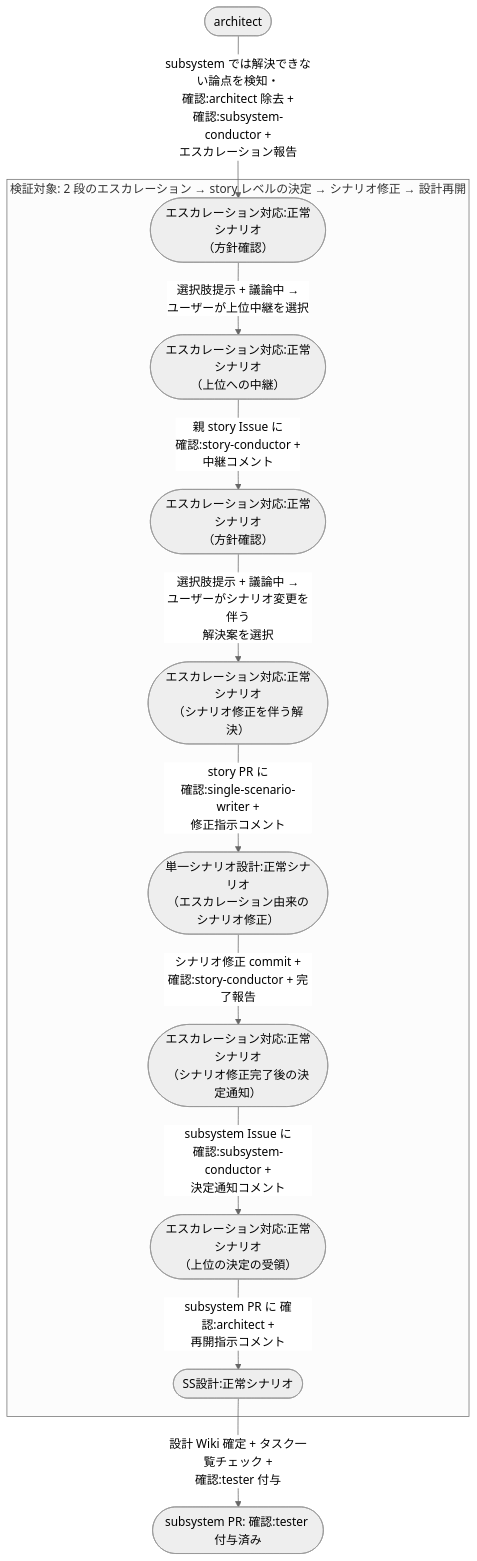
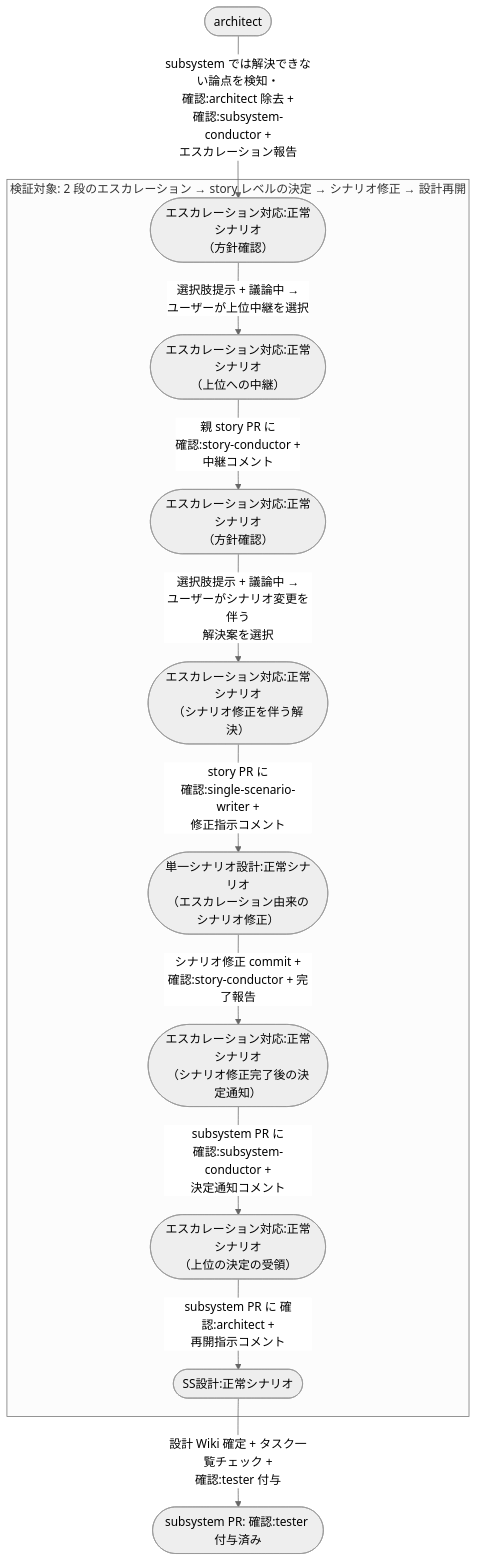
Before and after one commit to shuhei1101/ai-monitor: the diagram in docs/wiki/設計図/シナリオ/複合ユースケース/エスカレーションのstoryレベル解決.md, drawn with Mermaid (neutral theme). The commit also changed other lines of this file and 256 other files, not shown here.

````diff
--- a/docs/wiki/設計図/シナリオ/複合ユースケース/エスカレーションのstoryレベル解決.md
+++ b/docs/wiki/設計図/シナリオ/複合ユースケース/エスカレーションのstoryレベル解決.md
@@ -28,25 +28,25 @@
 ```mermaid
 flowchart TD
   A0([architect]) -->|subsystem では解決できない論点を検知・<br>確認:architect 除去 +<br>確認:subsystem-conductor +<br>エスカレーション報告| UC1
 
   subgraph FOCUS["検証対象: 2 段のエスカレーション → story レベルの決定 → シナリオ修正 → 設計再開"]
     UC1([エスカレーション対応:正常シナリオ<br>（方針確認）]) -->|選択肢提示 + 議論中 →<br>ユーザーが上位中継を選択| UC2([エスカレーション対応:正常シナリオ<br>（上位への中継）])
-    UC2 -->|親 story Issue に<br>確認:story-conductor +<br>中継コメント| UC3([エスカレーション対応:正常シナリオ<br>（方針確認）])
+    UC2 -->|親 story PR に<br>確認:story-conductor +<br>中継コメント| UC3([エスカレーション対応:正常シナリオ<br>（方針確認）])
     UC3 -->|選択肢提示 + 議論中 →<br>ユーザーがシナリオ変更を伴う<br>解決案を選択| UC4([エスカレーション対応:正常シナリオ<br>（シナリオ修正を伴う解決）])
     UC4 -->|story PR に<br>確認:single-scenario-writer +<br>修正指示コメント| UC5([単一シナリオ設計:正常シナリオ<br>（エスカレーション由来のシナリオ修正）])
     UC5 -->|シナリオ修正 commit +<br>確認:story-conductor + 完了報告| UC6([エスカレーション対応:正常シナリオ<br>（シナリオ修正完了後の決定通知）])
-    UC6 -->|subsystem Issue に<br>確認:subsystem-conductor +<br>決定通知コメント| UC7([エスカレーション対応:正常シナリオ<br>（上位の決定の受領）])
+    UC6 -->|subsystem PR に<br>確認:subsystem-conductor +<br>決定通知コメント| UC7([エスカレーション対応:正常シナリオ<br>（上位の決定の受領）])
     UC7 -->|subsystem PR に 確認:architect +<br>再開指示コメント| UC8([SS設計:正常シナリオ])
   end
 
   UC8 -->|設計 Wiki 確定 + タスク一覧チェック +<br>確認:tester 付与| DONE([subsystem PR: 確認:tester 付与済み])
 
   click UC1 "../単一ユースケース/エスカレーション対応.md#正常シナリオ方針確認"
   click UC2 "../単一ユースケース/エスカレーション対応.md#正常シナリオ上位への中継"
   click UC3 "../単一ユースケース/エスカレーション対応.md#正常シナリオ方針確認"
   click UC4 "../単一ユースケース/エスカレーション対応.md#正常シナリオシナリオ修正を伴う解決"
   click UC5 "../単一ユースケース/単一シナリオ設計.md#正常シナリオエスカレーション由来のシナリオ修正"
   click UC6 "../単一ユースケース/エスカレーション対応.md#正常シナリオシナリオ修正完了後の決定通知"
   click UC7 "../単一ユースケース/エスカレーション対応.md#正常シナリオ上位の決定の受領"
   click UC8 "../単一ユースケース/SS設計.md#正常シナリオ"
 ```
````
